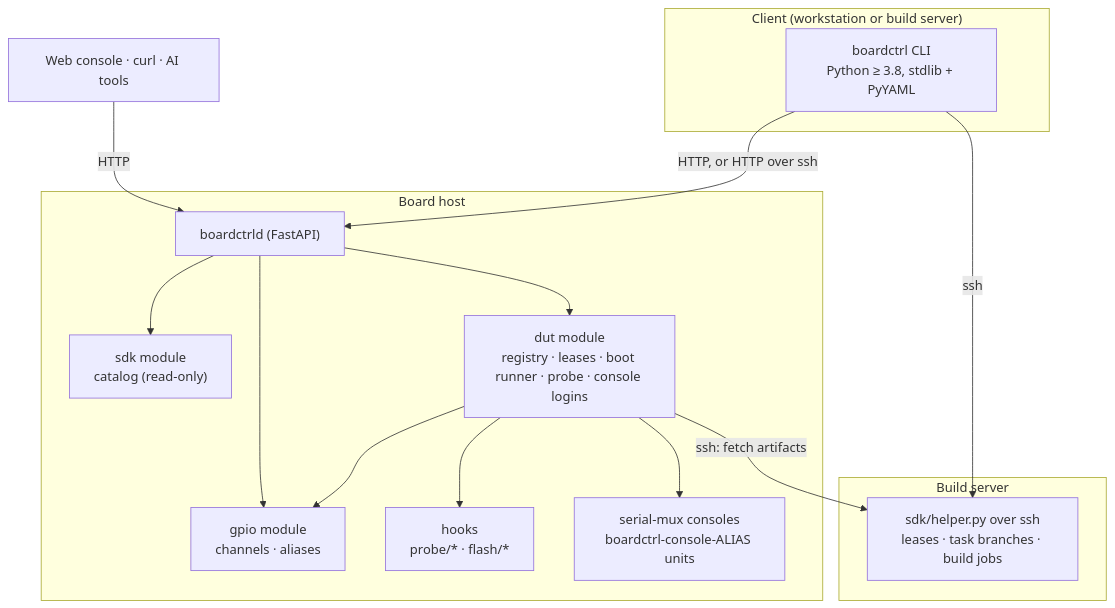
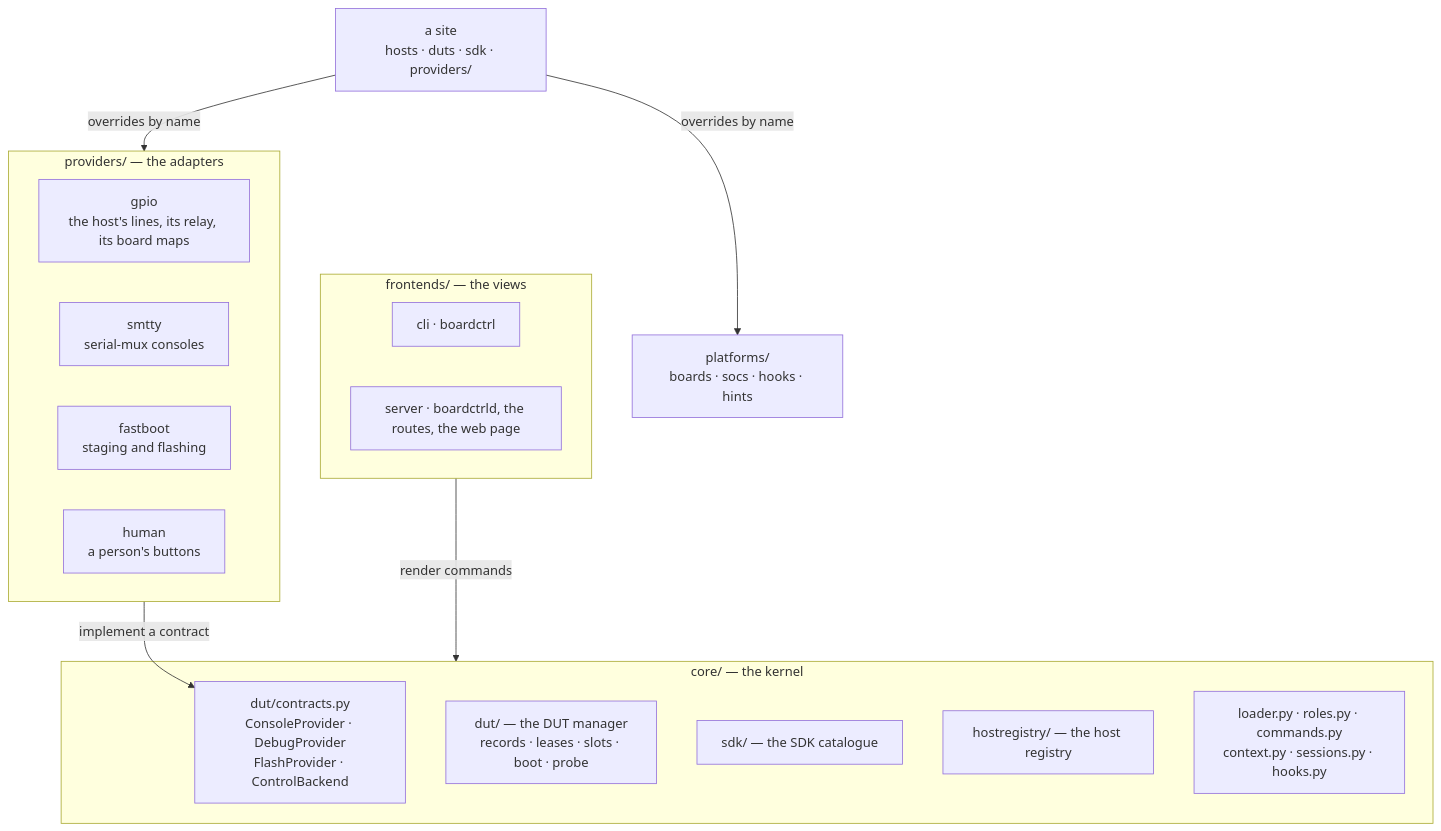
One commit to rzbdz/boardctrl changed the first of 4 diagrams in docs/architecture.md. Above: the diagram before and after it, drawn with Mermaid. The commit also changed other lines of this file and 17 other files, not shown here.

````diff
--- a/docs/architecture.md
+++ b/docs/architecture.md
@@ -10,25 +10,26 @@
 ```mermaid
 flowchart TB
-  subgraph client["Client (workstation or build server)"]
-    cli["boardctrl CLI<br/>Python ≥ 3.8, stdlib + PyYAML"]
+  subgraph core["core/ — the kernel"]
+    contracts["dut/contracts.py<br/>ConsoleProvider · DebugProvider<br/>FlashProvider · ControlBackend"]
+    manager["dut/ — the DUT manager<br/>records · leases · slots · boot · probe"]
+    sdk["sdk/ — the SDK catalogue"]
+    reg["hostregistry/ — the host registry"]
+    loader["loader.py · roles.py · commands.py<br/>context.py · sessions.py · hooks.py"]
   end
-  subgraph server["Build server"]
-    helper["sdk/helper.py over ssh<br/>leases · task branches · build jobs"]
+  subgraph prov["providers/ — the adapters"]
+    gpio["gpio<br/>the host's lines, its relay, its board maps"]
+    smtty["smtty<br/>serial-mux consoles"]
+    fastboot["fastboot<br/>staging and flashing"]
+    human["human<br/>a person's buttons"]
   end
-  subgraph host["Board host"]
-    hostd["boardctrld (FastAPI)"]
-    gpio["gpio module<br/>channels · aliases"]
-    sdkm["sdk module<br/>catalog (read-only)"]
-    dut["dut module<br/>registry · leases · boot runner · probe · console logins"]
-    hooks["hooks<br/>probe/* · flash/*"]
-    mux["serial-mux consoles<br/>boardctrl-console-ALIAS units"]
-    hostd --> gpio & sdkm & dut
-    dut --> gpio
-    dut --> hooks
-    dut --> mux
+  subgraph front["frontends/ — the views"]
+    cli["cli · boardctrl"]
+    server["server · boardctrld, the routes, the web page"]
   end
-  web["Web console · curl · AI tools"] -- "HTTP" --> hostd
-  cli -- "ssh" --> helper
-  cli -- "HTTP, or HTTP over ssh" --> hostd
-  dut -- "ssh: fetch artifacts" --> helper
+  site["a site<br/>hosts · duts · sdk · providers/<name>"]
+  plat["platforms/<vendor><br/>boards · socs · hooks · hints"]
+  prov -- "implement a contract" --> contracts
+  front -- "render commands" --> core
+  site -- "overrides by name" --> prov
+  site -- "overrides by name" --> plat
 ```
````
